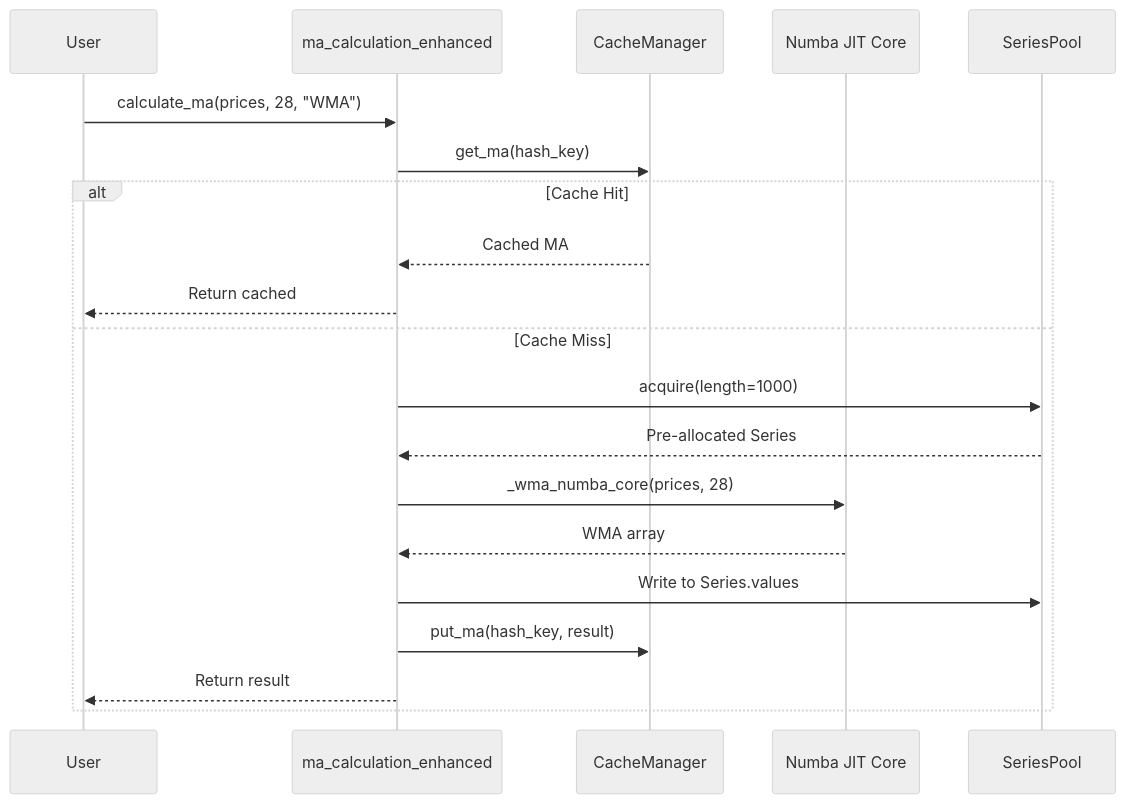
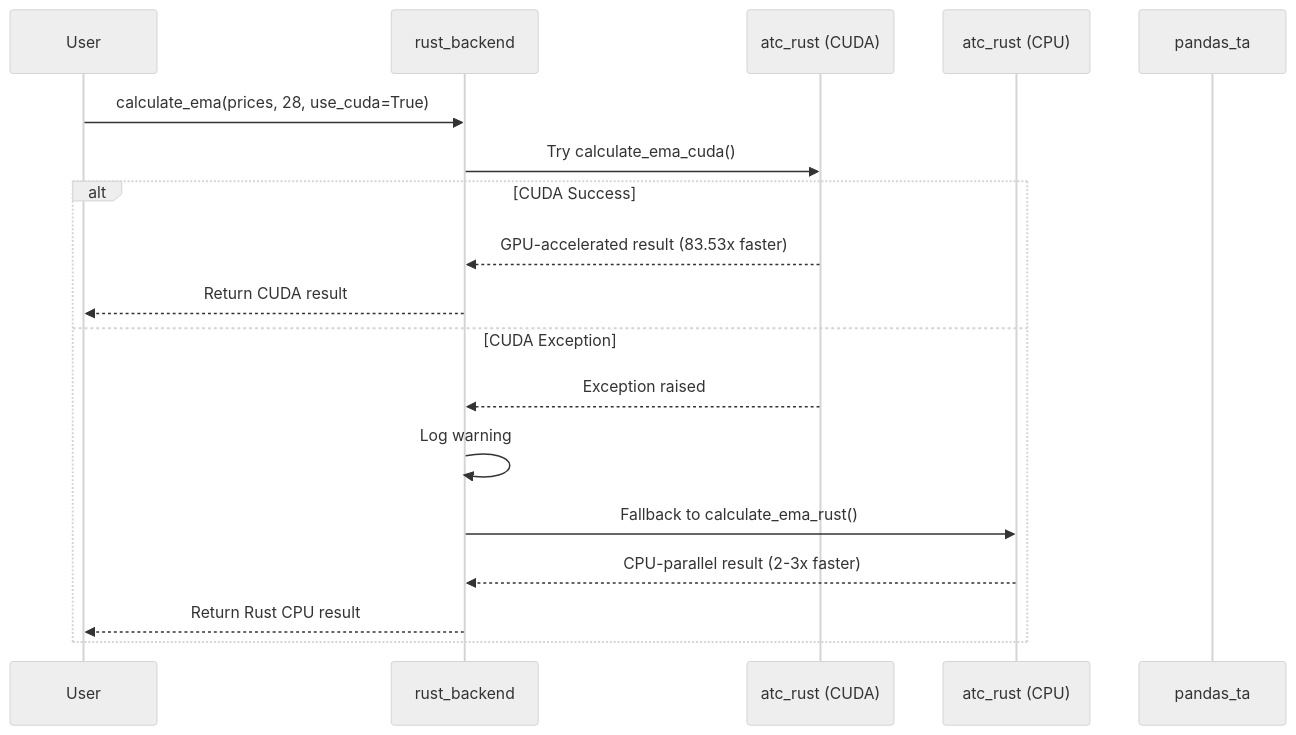
Before and after one commit to Nguyenthang2292/Sovereign-IQ: the fifth of 12 diagrams in modules/adaptive_trend_LTS/docs/optimization_flow_diagram.md, drawn with Mermaid (neutral theme). The commit also changed other lines of this file and 81 other files, not shown here.

````diff
--- a/modules/adaptive_trend_LTS/docs/optimization_flow_diagram.md
+++ b/modules/adaptive_trend_LTS/docs/optimization_flow_diagram.md
@@ -191,26 +255,22 @@
 ```mermaid
 sequenceDiagram
     participant User
-    participant MACalc as ma_calculation_enhanced
-    participant Cache as CacheManager
-    participant Numba as Numba JIT Core
-    participant Pool as SeriesPool
+    participant Backend as rust_backend
+    participant RustCUDA as atc_rust (CUDA)
+    participant RustCPU as atc_rust (CPU)
+    participant Fallback as pandas_ta
 
-    User->>MACalc: calculate_ma(prices, 28, "WMA")
-    MACalc->>Cache: get_ma(hash_key)
+    User->>Backend: calculate_ema(prices, 28, use_cuda=True)
+    Backend->>RustCUDA: Try calculate_ema_cuda()
 
-    alt Cache Hit
-        Cache-->>MACalc: Cached MA
-        MACalc-->>User: Return cached
-    else Cache Miss
-        MACalc->>Pool: acquire(length=1000)
-        Pool-->>MACalc: Pre-allocated Series
-
-        MACalc->>Numba: _wma_numba_core(prices, 28)
-        Numba-->>MACalc: WMA array
-
-        MACalc->>Pool: Write to Series.values
-        MACalc->>Cache: put_ma(hash_key, result)
-        MACalc-->>User: Return result
+    alt CUDA Success
+        RustCUDA-->>Backend: GPU-accelerated result (83.53x faster)
+        Backend-->>User: Return CUDA result
+    else CUDA Exception
+        RustCUDA-->>Backend: Exception raised
+        Backend->>Backend: Log warning
+        Backend->>RustCPU: Fallback to calculate_ema_rust()
+        RustCPU-->>Backend: CPU-parallel result (2-3x faster)
+        Backend-->>User: Return Rust CPU result
     end
 ```
````
